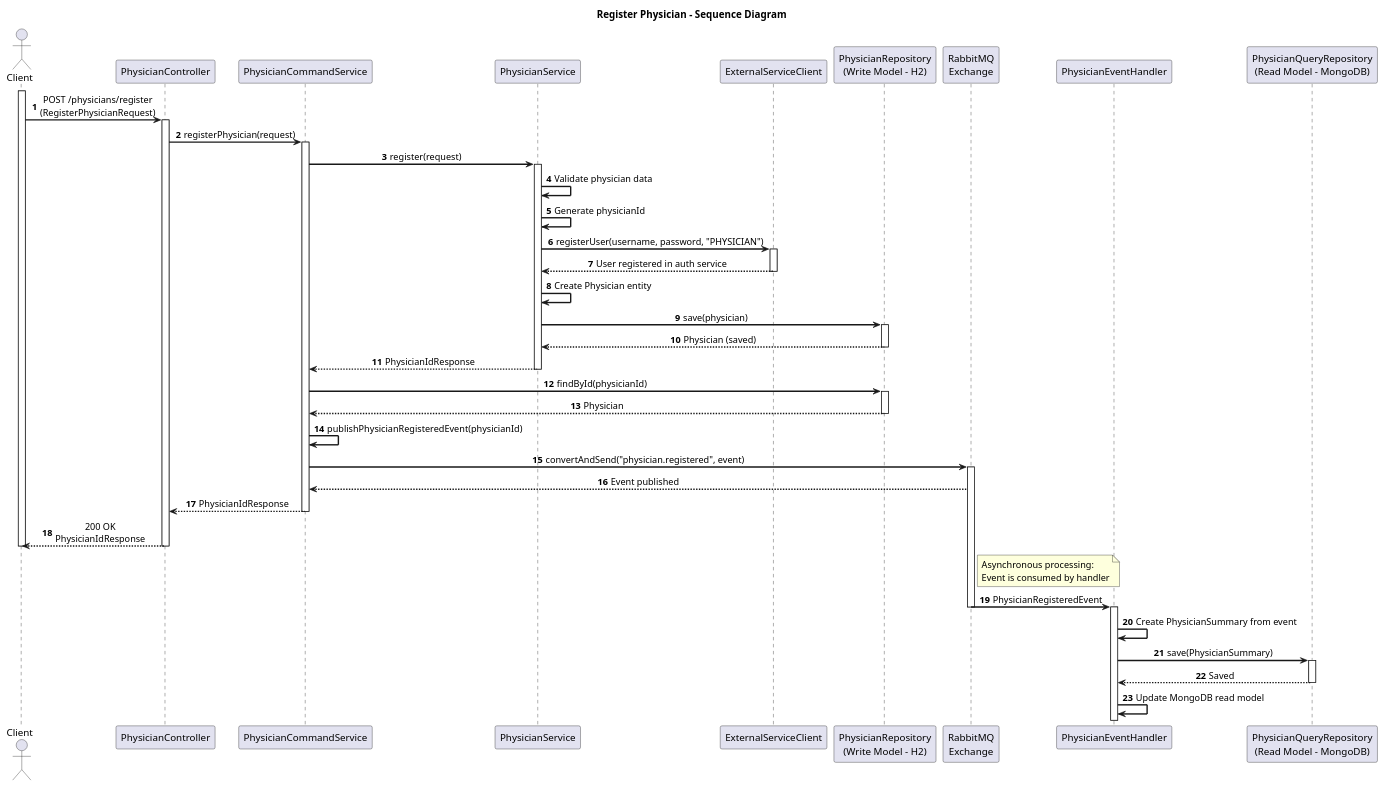
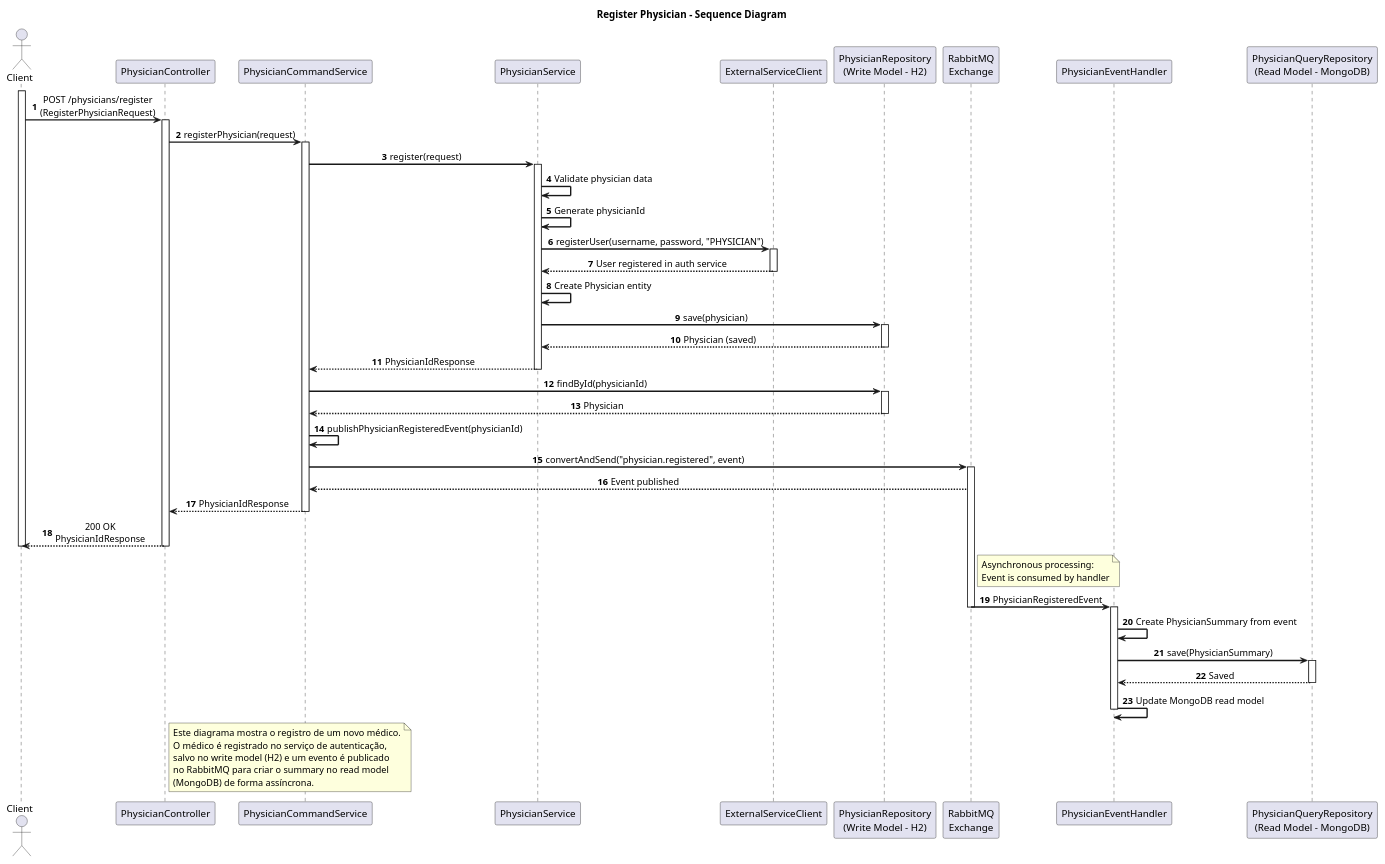
Before and after one commit to pedrods05/LETI_SIDIS_3DA_6: the diagram in DOCS2/C4+1/RegisterPhysician-Sequence.puml, drawn with PlantUML. The commit also changed 11 other files, not shown here.

```diff
--- a/DOCS2/C4+1/RegisterPhysician-Sequence.puml
+++ b/DOCS2/C4+1/RegisterPhysician-Sequence.puml
@@ -1,80 +1,89 @@
 @startuml RegisterPhysician-Sequence
 skinparam backgroundColor #FFFFFF
 skinparam sequenceMessageAlign center
 skinparam sequenceArrowThickness 2
 
 title Register Physician - Sequence Diagram
 
 actor Client
 participant "PhysicianController" as Controller
 participant "PhysicianCommandService" as CommandService
 participant "PhysicianService" as Service
 participant "ExternalServiceClient" as ExternalClient
 participant "PhysicianRepository\n(Write Model - H2)" as WriteRepo
 participant "RabbitMQ\nExchange" as RabbitMQ
 participant "PhysicianEventHandler" as EventHandler
 participant "PhysicianQueryRepository\n(Read Model - MongoDB)" as ReadRepo
 
 autonumber
 activate Client
 Client -> Controller: POST /physicians/register\n(RegisterPhysicianRequest)
 activate Controller
 
 Controller -> CommandService: registerPhysician(request)
 activate CommandService
 
 CommandService -> Service: register(request)
 activate Service
 
 Service -> Service: Validate physician data
 Service -> Service: Generate physicianId
 
 Service -> ExternalClient: registerUser(username, password, "PHYSICIAN")
 activate ExternalClient
 ExternalClient --> Service: User registered in auth service
 deactivate ExternalClient
 
 Service -> Service: Create Physician entity
 Service -> WriteRepo: save(physician)
 activate WriteRepo
 WriteRepo --> Service: Physician (saved)
 deactivate WriteRepo
 
 Service --> CommandService: PhysicianIdResponse
 deactivate Service
 
 CommandService -> WriteRepo: findById(physicianId)
 activate WriteRepo
 WriteRepo --> CommandService: Physician
 deactivate WriteRepo
 
 CommandService -> CommandService: publishPhysicianRegisteredEvent(physicianId)
 CommandService -> RabbitMQ: convertAndSend("physician.registered", event)
 activate RabbitMQ
 RabbitMQ --> CommandService: Event published
 
 CommandService --> Controller: PhysicianIdResponse
 deactivate CommandService
 
 Controller --> Client: 200 OK\nPhysicianIdResponse
 deactivate Controller
 deactivate Client
 
 note right of RabbitMQ
   Asynchronous processing:
   Event is consumed by handler
 end note
 
 RabbitMQ -> EventHandler: PhysicianRegisteredEvent
 deactivate RabbitMQ
 activate EventHandler
 
 EventHandler -> EventHandler: Create PhysicianSummary from event
 EventHandler -> ReadRepo: save(PhysicianSummary)
 activate ReadRepo
 ReadRepo --> EventHandler: Saved
 deactivate ReadRepo
 
 EventHandler -> EventHandler: Update MongoDB read model
+deactivate EventHandler
+
+note right of Controller
+  Este diagrama mostra o registro de um novo médico.
+  O médico é registrado no serviço de autenticação,
+  salvo no write model (H2) e um evento é publicado
+  no RabbitMQ para criar o summary no read model
+  (MongoDB) de forma assíncrona.
+end note
 
 @enduml
```
